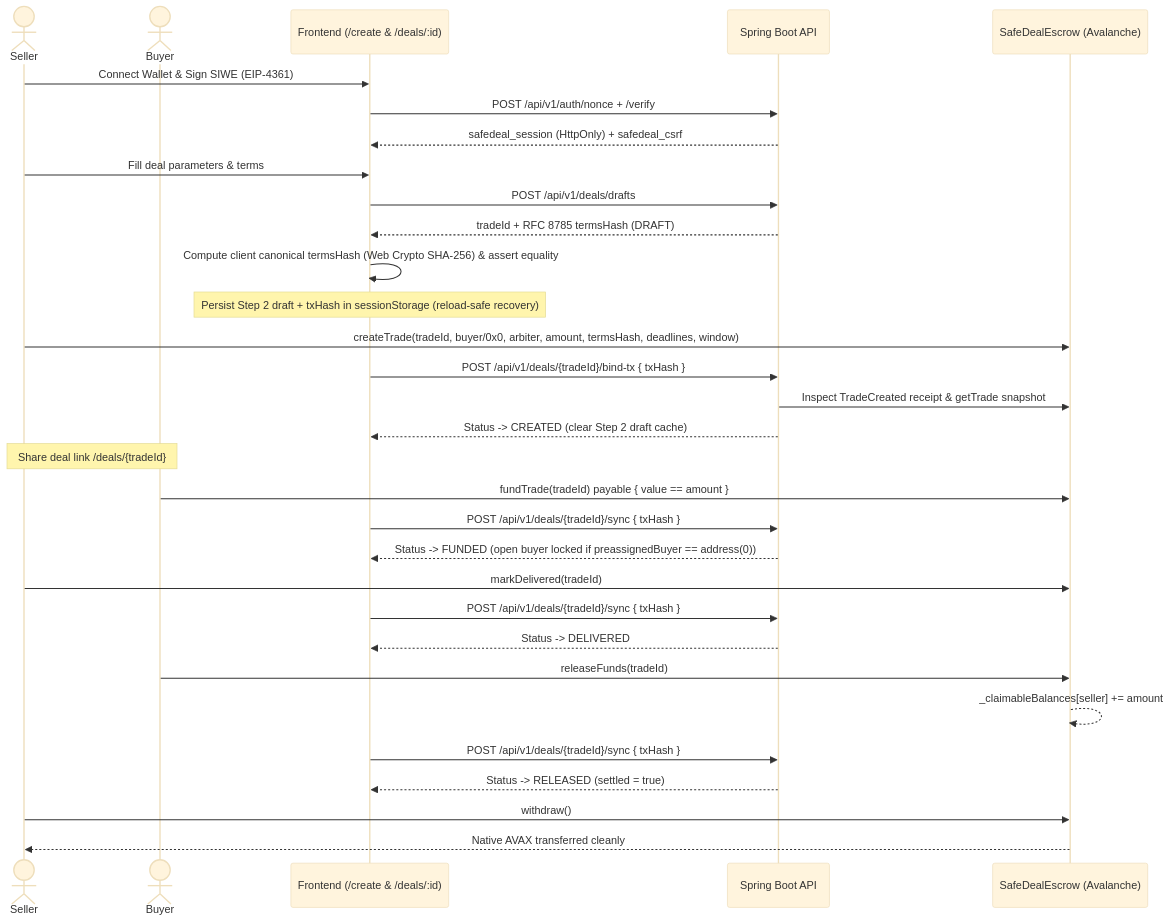
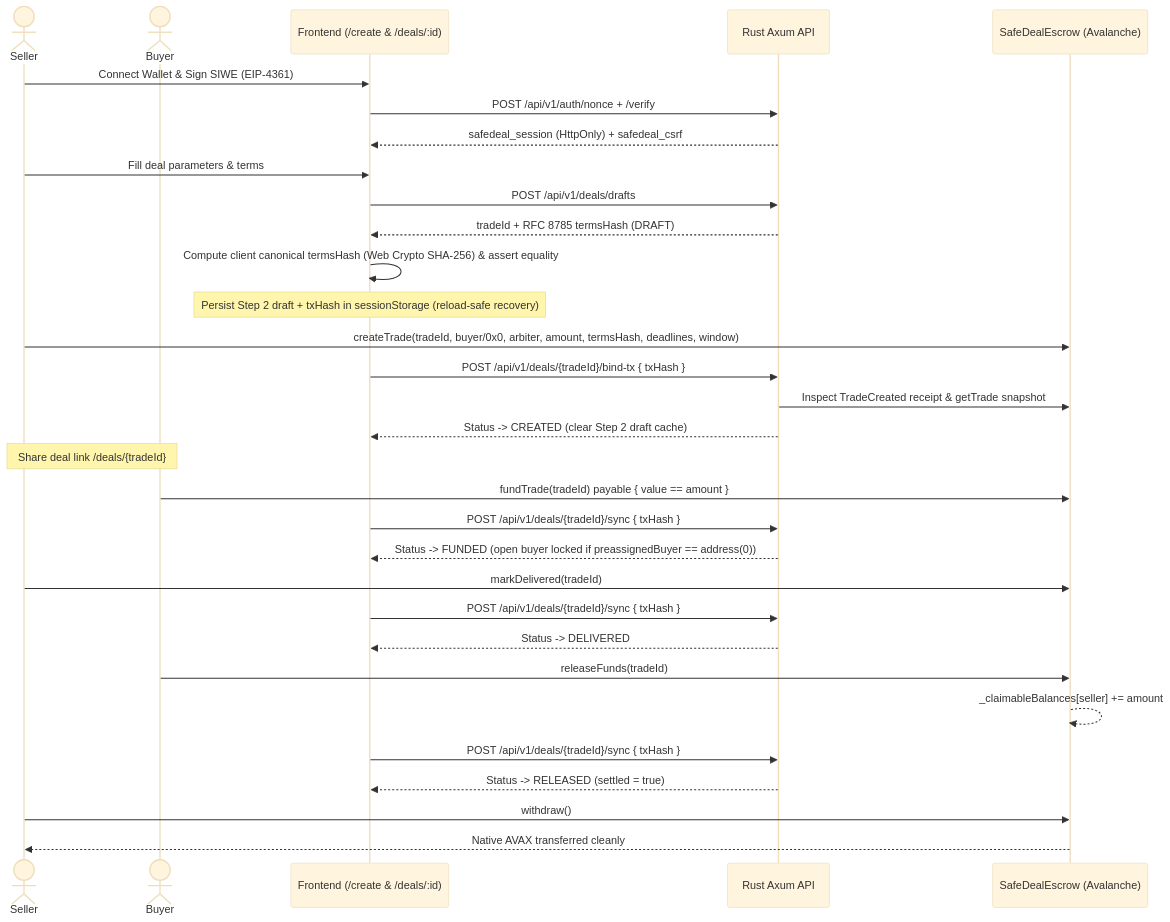
Before and after one commit to hienpham0344/SafeDeal: the first of 2 diagrams in docs/05-business-flows.md, drawn with Mermaid (base theme). The commit also changed other lines of this file and 14 other files, not shown here.

Commit message:
docs: sync docs with Rust/Axum backend and streamline README

````diff
--- a/docs/05-business-flows.md
+++ b/docs/05-business-flows.md
@@ -5,40 +5,40 @@
 ```mermaid
 sequenceDiagram
     actor Seller
     actor Buyer
     participant FE as Frontend (/create & /deals/:id)
-    participant API as Spring Boot API
+    participant API as Rust Axum API
     participant SC as SafeDealEscrow (Avalanche)
 
     Seller->>FE: Connect Wallet & Sign SIWE (EIP-4361)
     FE->>API: POST /api/v1/auth/nonce + /verify
     API-->>FE: safedeal_session (HttpOnly) + safedeal_csrf
 
     Seller->>FE: Fill deal parameters & terms
     FE->>API: POST /api/v1/deals/drafts
     API-->>FE: tradeId + RFC 8785 termsHash (DRAFT)
     FE->>FE: Compute client canonical termsHash (Web Crypto SHA-256) & assert equality
     Note over FE: Persist Step 2 draft + txHash in sessionStorage (reload-safe recovery)
 
     Seller->>SC: createTrade(tradeId, buyer/0x0, arbiter, amount, termsHash, deadlines, window)
     FE->>API: POST /api/v1/deals/{tradeId}/bind-tx { txHash }
     API->>SC: Inspect TradeCreated receipt & getTrade snapshot
     API-->>FE: Status -> CREATED (clear Step 2 draft cache)
 
     Note over Seller,Buyer: Share deal link /deals/{tradeId}
     Buyer->>SC: fundTrade(tradeId) payable { value == amount }
     FE->>API: POST /api/v1/deals/{tradeId}/sync { txHash }
     API-->>FE: Status -> FUNDED (open buyer locked if preassignedBuyer == address(0))
 
     Seller->>SC: markDelivered(tradeId)
     FE->>API: POST /api/v1/deals/{tradeId}/sync { txHash }
     API-->>FE: Status -> DELIVERED
 
     Buyer->>SC: releaseFunds(tradeId)
     SC-->>SC: _claimableBalances[seller] += amount
     FE->>API: POST /api/v1/deals/{tradeId}/sync { txHash }
     API-->>FE: Status -> RELEASED (settled = true)
 
     Seller->>SC: withdraw()
     SC-->>Seller: Native AVAX transferred cleanly
 ```
````
